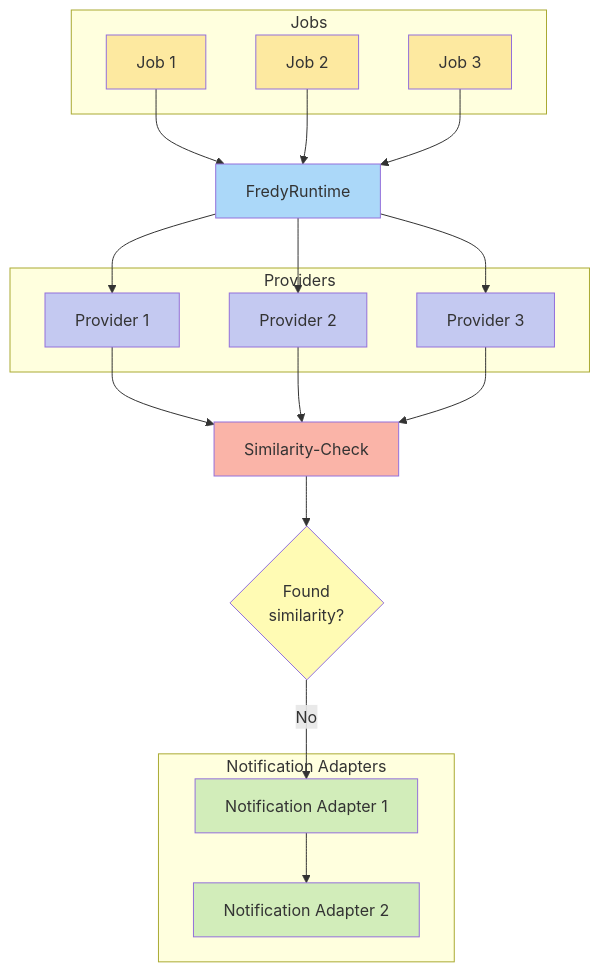
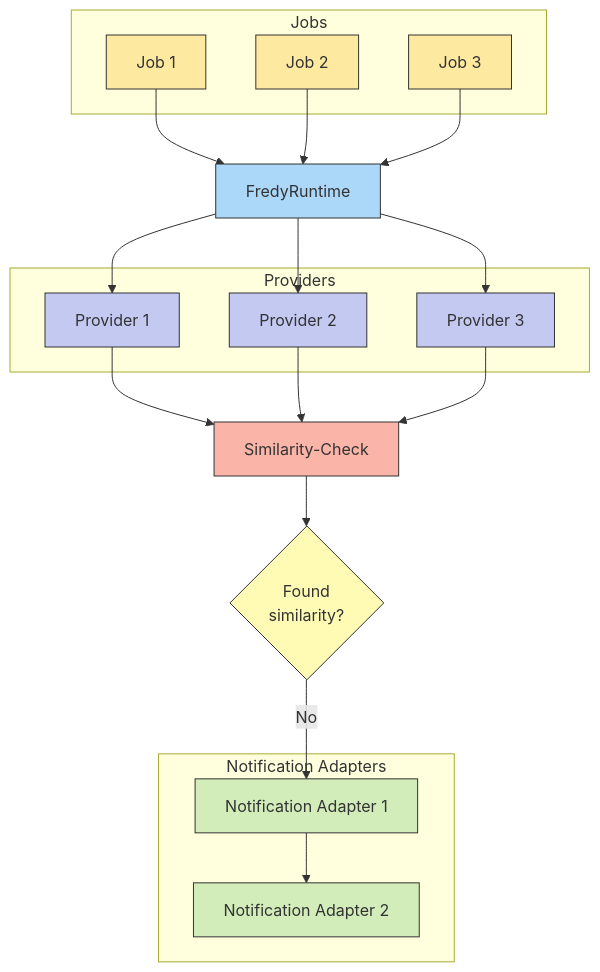
One commit to orangecoding/fredy changed the diagram in README.md. Above: the diagram before and after it, drawn with Mermaid.

Commit message:
docs: set architecture diagram's text color explicitly

````diff
--- a/README.md
+++ b/README.md
@@ -82,40 +82,40 @@
 ```mermaid
 flowchart TD
  subgraph Jobs["Jobs"]
         A1["Job 1"]
         A2["Job 2"]
         A3["Job 3"]
   end
  subgraph Providers["Providers"]
         C1["Provider 1"]
         C2["Provider 2"]
         C3["Provider 3"]
   end
  subgraph NotificationAdapters["Notification Adapters"]
         F1["Notification Adapter 1"]
         F2["Notification Adapter 2"]
   end
 
     A1 --> B["FredyRuntime"]
     A2 --> B
     A3 --> B
     B --> C1 & C2 & C3
     C1 --> D["Similarity-Check"]
     C2 --> D
     C3 --> D
     D --> E{"Found<br>similarity?"}
     E -- No --> F1
     F1 --> F2
 
-    style A1 fill:#fde9a0
-    style A2 fill:#fde9a0
-    style A3 fill:#fde9a0
-    style C1 fill:#c4c9f1
-    style C2 fill:#c4c9f1
-    style C3 fill:#c4c9f1
-    style F1 fill:#d2edba
-    style F2 fill:#d2edba
-    style B fill:#abd8f9
-    style D fill:#fab4a8
-    style E fill:#fffbb4
+    style A1 fill:#fde9a0,stroke:#333333,color:#333333
+    style A2 fill:#fde9a0,stroke:#333333,color:#333333
+    style A3 fill:#fde9a0,stroke:#333333,color:#333333
+    style C1 fill:#c4c9f1,stroke:#333333,color:#333333
+    style C2 fill:#c4c9f1,stroke:#333333,color:#333333
+    style C3 fill:#c4c9f1,stroke:#333333,color:#333333
+    style F1 fill:#d2edba,stroke:#333333,color:#333333
+    style F2 fill:#d2edba,stroke:#333333,color:#333333
+    style B fill:#abd8f9,stroke:#333333,color:#333333
+    style D fill:#fab4a8,stroke:#333333,color:#333333
+    style E fill:#fffbb4,stroke:#333333,color:#333333
 ```
````
